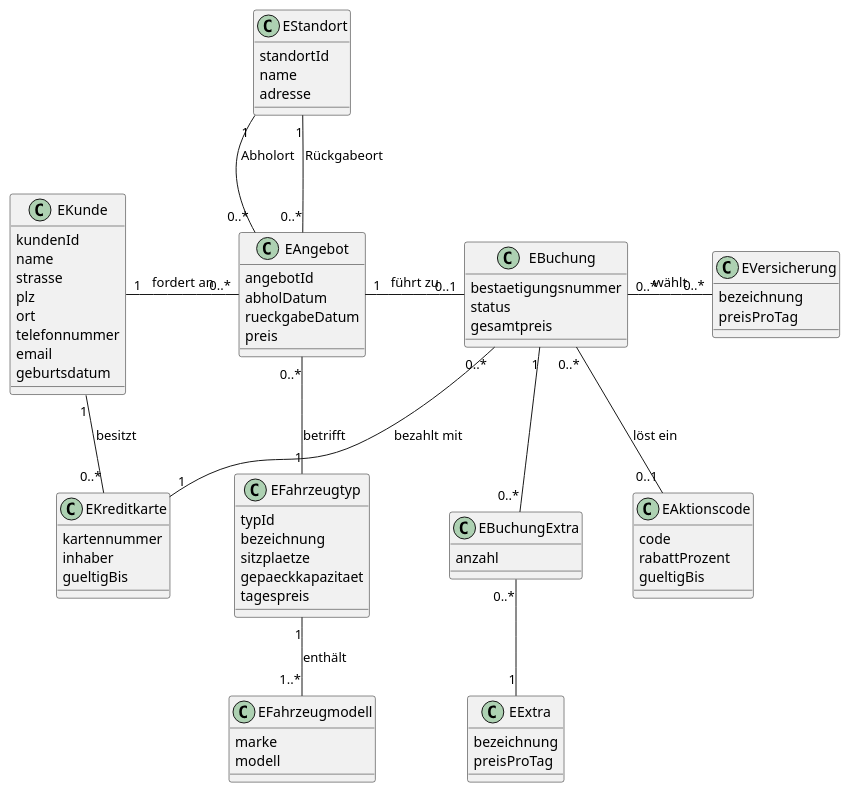
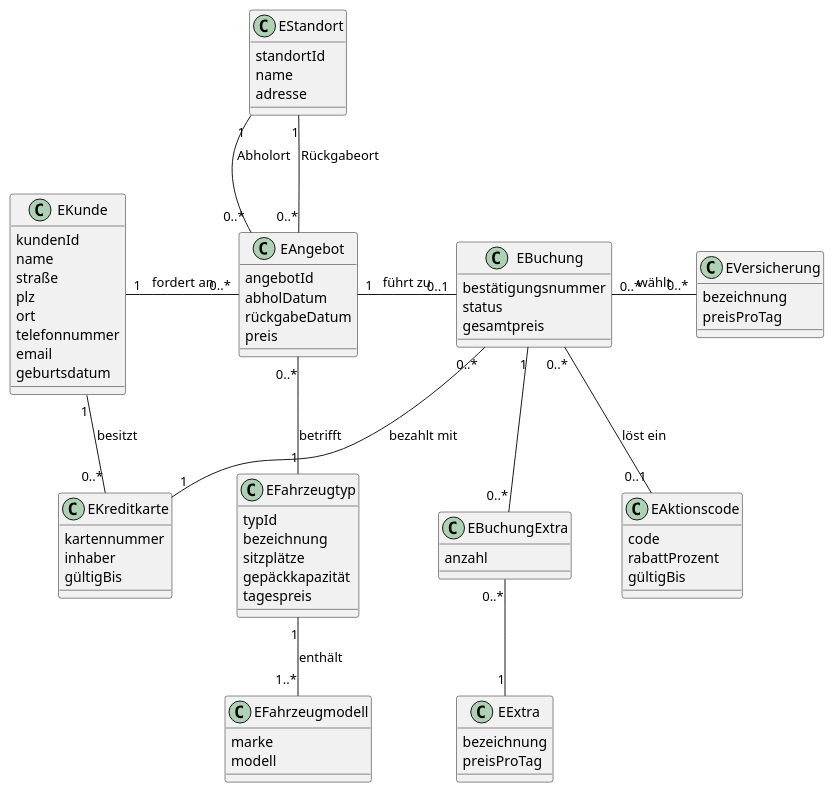
The diagram in Aufgabe4.puml (mallallaaaa/project-autovermietung-SWM1), drawn with PlantUML before and after one commit.

Commit message:
Replace German transliterations with umlauts in Aufgabe4.puml

```diff
--- a/Aufgabe4.puml
+++ b/Aufgabe4.puml
@@ -1,88 +1,88 @@
 @startuml AV_Aufgabe4
 skinparam shadowing false
 skinparam classAttributeIconSize 0
 skinparam nodesep 50
 skinparam ranksep 60
 
 class EKunde {
   kundenId
   name
-  strasse
+  straße
   plz
   ort
   telefonnummer
   email
   geburtsdatum
 }
 
 class EKreditkarte {
   kartennummer
   inhaber
-  gueltigBis
+  gültigBis
 }
 
 class EAngebot {
   angebotId
   abholDatum
-  rueckgabeDatum
+  rückgabeDatum
   preis
 }
 
 class EBuchung {
-  bestaetigungsnummer
+  bestätigungsnummer
   status
   gesamtpreis
 }
 
 class EFahrzeugtyp {
   typId
   bezeichnung
-  sitzplaetze
-  gepaeckkapazitaet
+  sitzplätze
+  gepäckkapazität
   tagespreis
 }
 
 class EFahrzeugmodell {
   marke
   modell
 }
 
 class EStandort {
   standortId
   name
   adresse
 }
 
 class EVersicherung {
   bezeichnung
   preisProTag
 }
 
 class EExtra {
   bezeichnung
   preisProTag
 }
 
 class EAktionscode {
   code
   rabattProzent
-  gueltigBis
+  gültigBis
 }
 
 class EBuchungExtra {
   anzahl
 }
 
 EKunde "1" -right- "0..*" EAngebot : fordert an
 EKunde "1" -down- "0..*" EKreditkarte : besitzt
 EAngebot "1" -right- "0..1" EBuchung : führt zu
 EAngebot "0..*" -down- "1" EFahrzeugtyp : betrifft
 EAngebot "0..*" -up- "1" EStandort : Abholort
 EAngebot "0..*" -up- "1" EStandort : Rückgabeort
 EFahrzeugtyp "1" -down- "1..*" EFahrzeugmodell : enthält
 EBuchung "0..*" -down- "1" EKreditkarte : bezahlt mit
 EBuchung "0..*" -right- "0..*" EVersicherung : wählt
 EBuchung "0..*" -down- "0..1" EAktionscode : löst ein
 EBuchung "1" -- "0..*" EBuchungExtra
 EBuchungExtra "0..*" -- "1" EExtra
 @enduml
```
